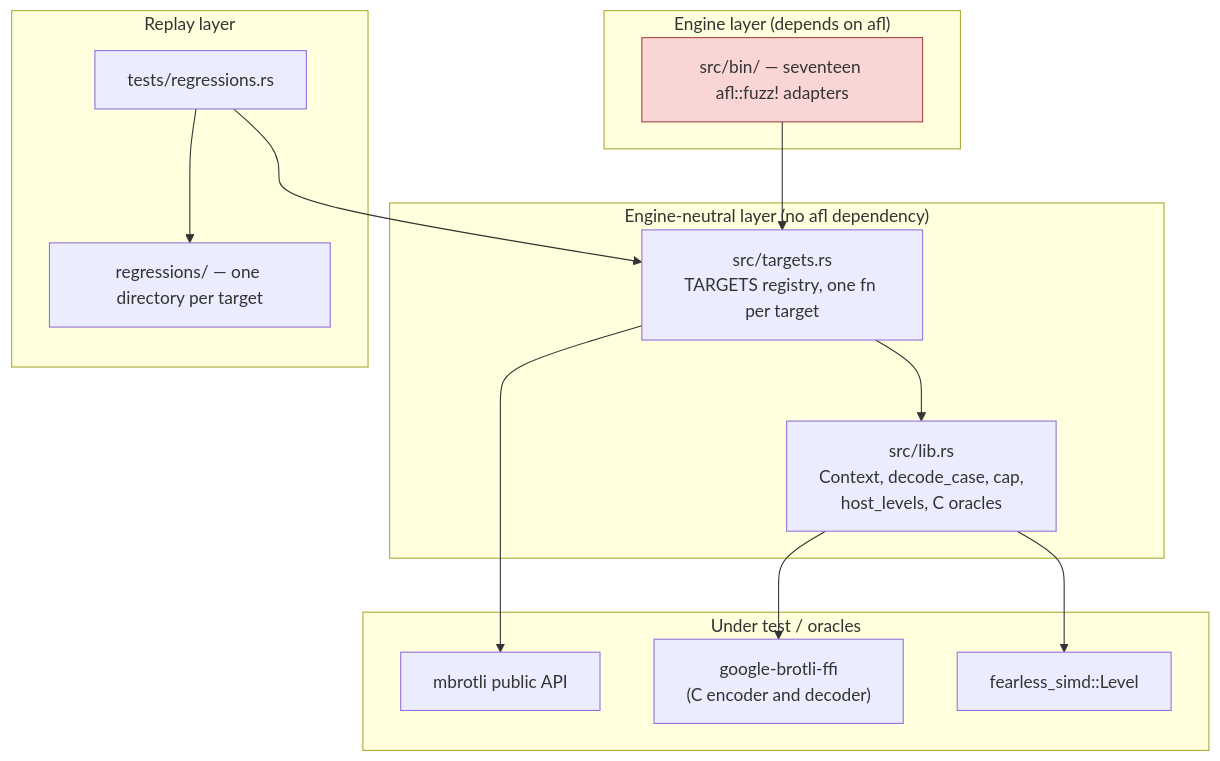
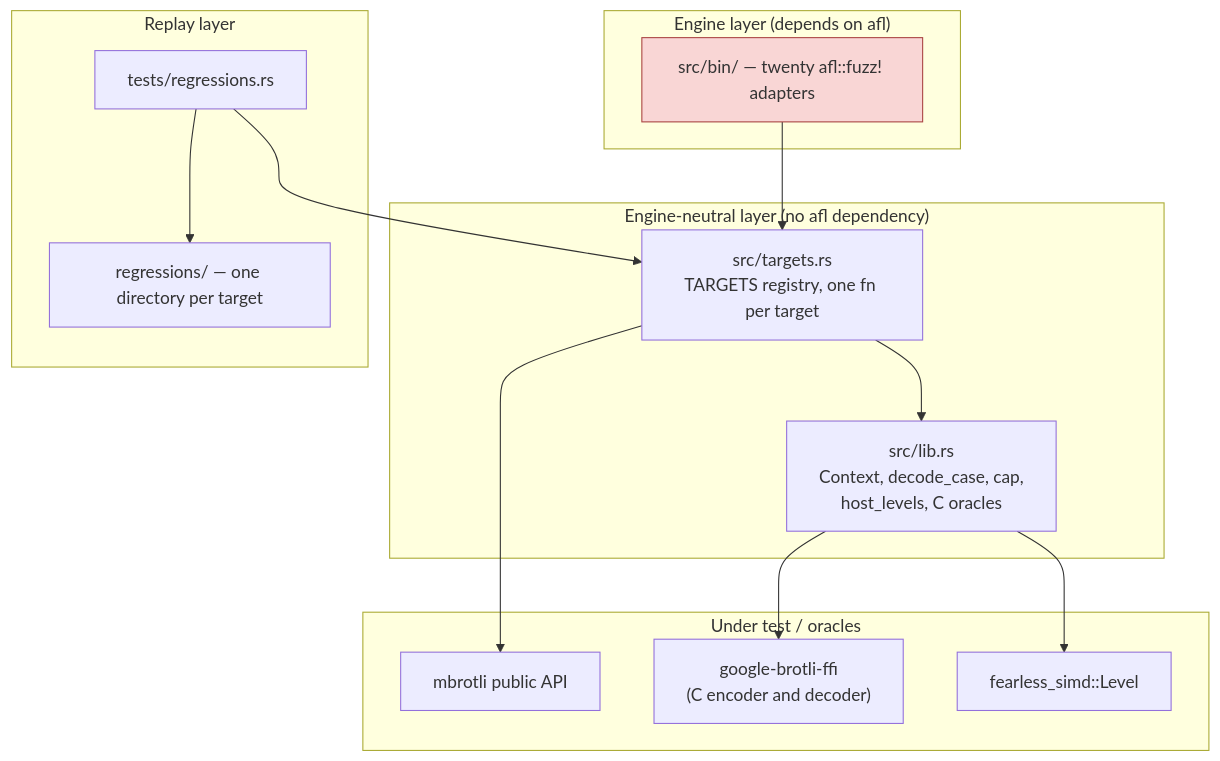
One commit to Mnwa/mbrotli changed the first of 4 diagrams in architecture/fuzzing.md. Above: the diagram before and after it, drawn with Mermaid. The commit also changed other lines of this file and 104 other files, not shown here.

````diff
--- a/architecture/fuzzing.md
+++ b/architecture/fuzzing.md
@@ -19,33 +20,33 @@
 ```mermaid
 graph TD
     subgraph engine["Engine layer (depends on afl)"]
-        bins["src/bin/ — seventeen afl::fuzz! adapters"]
+        bins["src/bin/ — twenty afl::fuzz! adapters"]
     end
 
     subgraph neutral["Engine-neutral layer (no afl dependency)"]
         targets["src/targets.rs<br/>TARGETS registry, one fn per target"]
         lib["src/lib.rs<br/>Context, decode_case, cap,<br/>host_levels, C oracles"]
     end
 
     subgraph replay["Replay layer"]
         regtest["tests/regressions.rs"]
         corpus["regressions/ — one directory per target"]
     end
 
     subgraph under["Under test / oracles"]
         mbrotli["mbrotli public API"]
         ffi["google-brotli-ffi<br/>(C encoder and decoder)"]
         simd["fearless_simd::Level"]
     end
 
     bins --> targets
     regtest --> targets
     regtest --> corpus
     targets --> lib
     targets --> mbrotli
     lib --> ffi
     lib --> simd
 
     classDef engineNode fill:#f9d6d5,stroke:#a94442;
     class bins engineNode;
 ```
````
